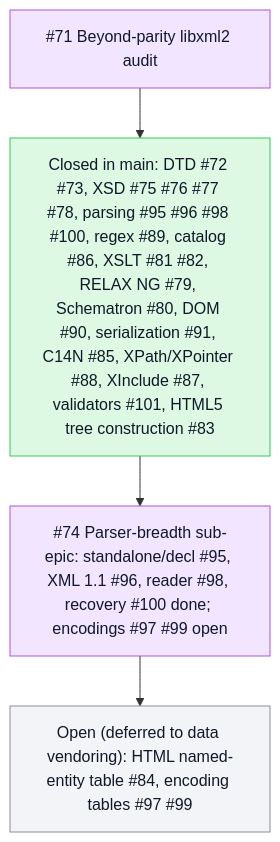
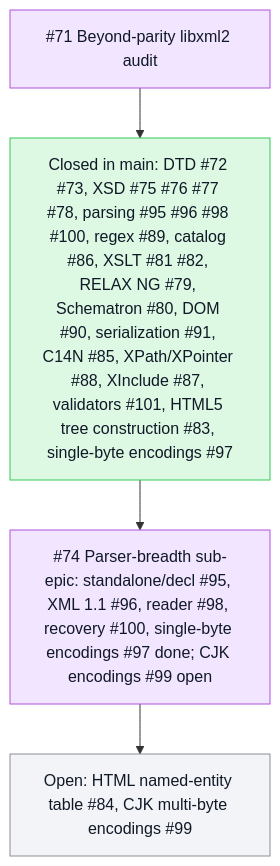
The second of 2 diagrams in README.md (mihaelamj/PureXML), drawn with Mermaid before and after one commit.

Commit message:
docs: move closed single-byte encodings #97 to done in roadmap

````diff
--- a/README.md
+++ b/README.md
@@ -73,14 +73,14 @@
 ```mermaid
 flowchart TB
   classDef done fill:#ddf9e4,stroke:#34c759,color:#111827
   classDef review fill:#fff7d6,stroke:#ffcc00,color:#111827
   classDef epic fill:#f2e5ff,stroke:#af52de,color:#111827
   classDef todo fill:#f2f4f7,stroke:#8e8e93,color:#111827
   Epic71["#71 Beyond-parity libxml2 audit"]:::epic
-  AuditDone["Closed in main: DTD #72 #73, XSD #75 #76 #77 #78, parsing #95 #96 #98 #100, regex #89, catalog #86, XSLT #81 #82, RELAX NG #79, Schematron #80, DOM #90, serialization #91, C14N #85, XPath/XPointer #88, XInclude #87, validators #101, HTML5 tree construction #83"]:::done
-  Epic74["#74 Parser-breadth sub-epic: standalone/decl #95, XML 1.1 #96, reader #98, recovery #100 done; encodings #97 #99 open"]:::epic
-  Open["Open (deferred to data vendoring): HTML named-entity table #84, encoding tables #97 #99"]:::todo
+  AuditDone["Closed in main: DTD #72 #73, XSD #75 #76 #77 #78, parsing #95 #96 #98 #100, regex #89, catalog #86, XSLT #81 #82, RELAX NG #79, Schematron #80, DOM #90, serialization #91, C14N #85, XPath/XPointer #88, XInclude #87, validators #101, HTML5 tree construction #83, single-byte encodings #97"]:::done
+  Epic74["#74 Parser-breadth sub-epic: standalone/decl #95, XML 1.1 #96, reader #98, recovery #100, single-byte encodings #97 done; CJK encodings #99 open"]:::epic
+  Open["Open: HTML named-entity table #84, CJK multi-byte encodings #99"]:::todo
   Epic71 --> AuditDone
   AuditDone --> Epic74
   Epic74 --> Open
 ```
````
